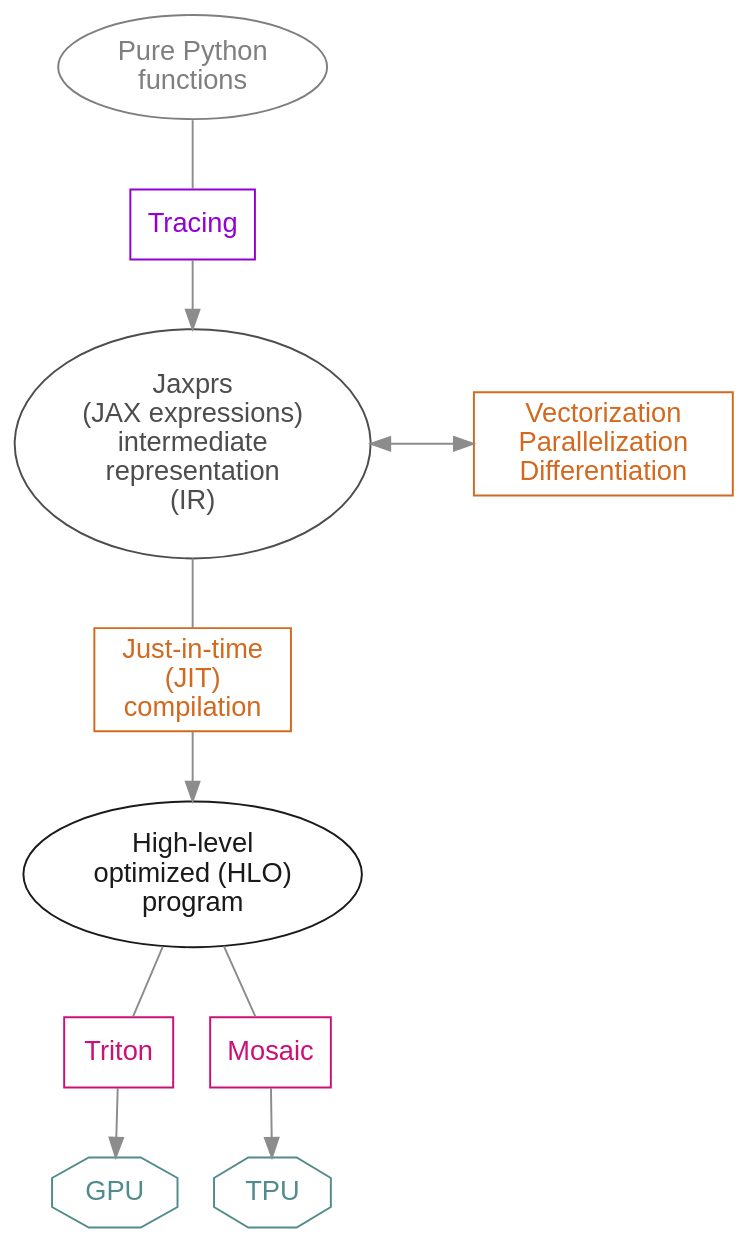
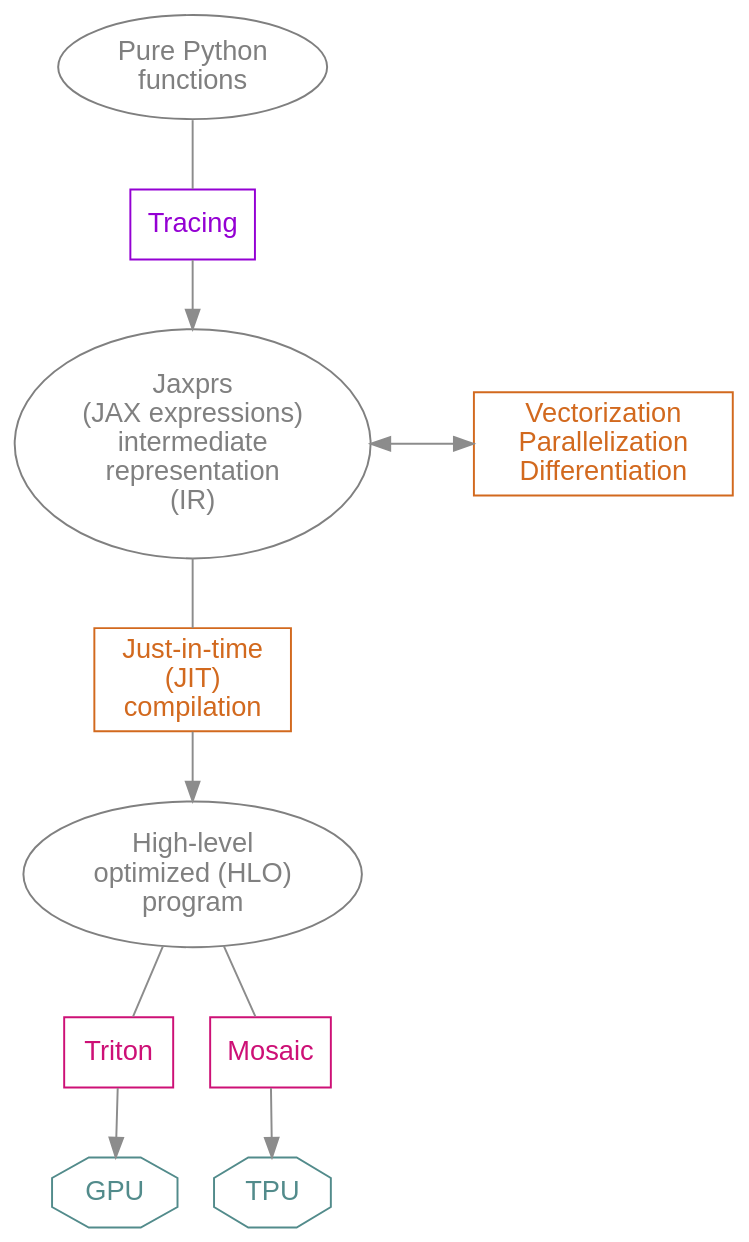
Before and after one commit to WestDRI/arc-training: the diagram in ai/jx/jx_pallas.qmd, drawn with Graphviz. The commit also changed 20 other files, not shown here.

Commit message:
fix remaining graphviz graphs for dark mode

````diff
--- a/ai/jx/jx_pallas.qmd
+++ b/ai/jx/jx_pallas.qmd
@@ -13,39 +13,39 @@
 ```{dot}
 //| echo: false
 //| fig-height: 800px
 
 strict digraph {
 
+bgcolor="transparent"
 node [fontname="Inconsolata, sans-serif"]
 edge [color=gray55]
-bgcolor="transparent"
 
 tracer  [label=Tracing, shape=rectangle, color=darkviolet, fontcolor=darkviolet]
 jit [label=" Just-in-time \n(JIT)\ncompilation", shape=rectangle, color=chocolate, fontcolor=chocolate]
 triton [label="Triton", shape=rectangle, color=deeppink3, fontcolor=deeppink3]
 mosaic [label="Mosaic", shape=rectangle, color=deeppink3, fontcolor=deeppink3]
 transform [label="Vectorization\nParallelization\n   Differentiation  ", shape=rectangle, color=chocolate, fontcolor=chocolate]
 
 GPU [shape=octagon, color=darkslategray4, fontcolor=darkslategray4]
 TPU [shape=octagon, color=darkslategray4, fontcolor=darkslategray4]
 
 
 py [label="Pure Python\nfunctions", color=gray50, fontcolor=gray50]
-jaxpr [label="Jaxprs\n(JAX expressions)\nintermediate\nrepresentation\n(IR)", color=gray30, fontcolor=gray30]
-hlo [label="High-level\noptimized (HLO)\nprogram", color=gray10, fontcolor=gray10]
+jaxpr [label="Jaxprs\n(JAX expressions)\nintermediate\nrepresentation\n(IR)", color=gray, fontcolor=gray]
+hlo [label="High-level\noptimized (HLO)\nprogram", color=gray, fontcolor=gray]
 
 py -> tracer [dir=none]
 tracer -> jaxpr
 jaxpr -> jit [dir=none]
 jit -> hlo
 hlo -> triton [dir=none]
 hlo -> mosaic [dir=none]
 
 triton -> GPU [shape=doubleoctagon]
 mosaic -> TPU
 
 jaxpr -> transform [dir=both, minlen=3]
 {rank=same; jaxpr transform}
 
 }
 ```
````
